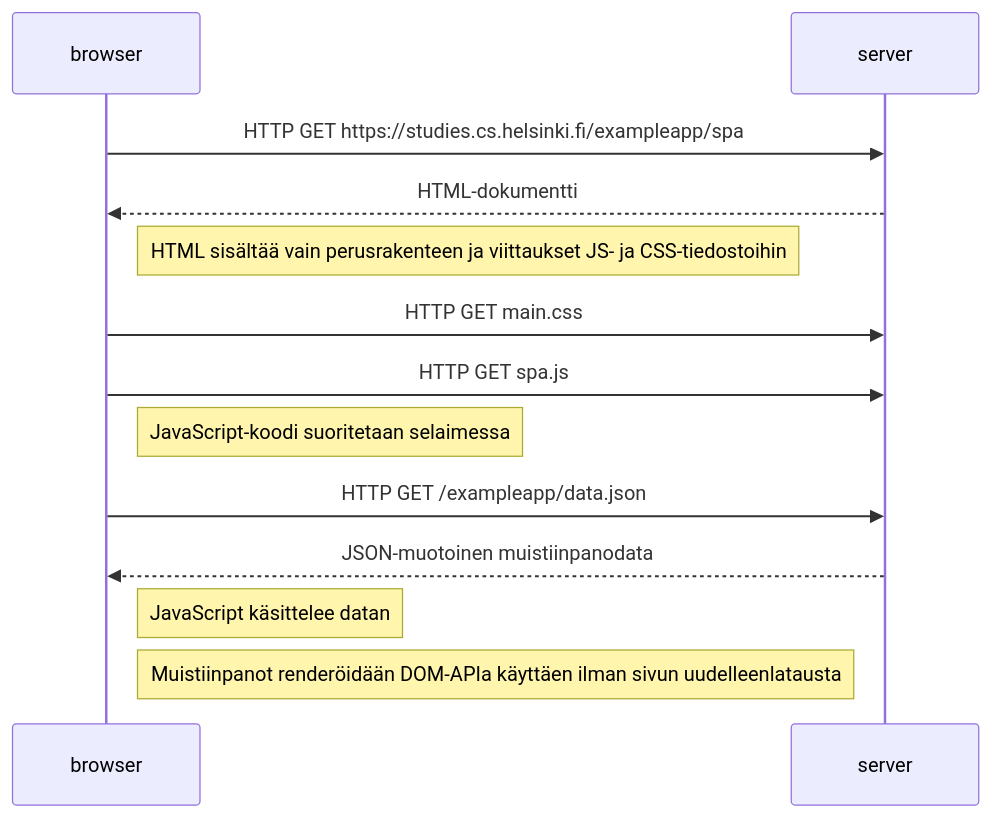
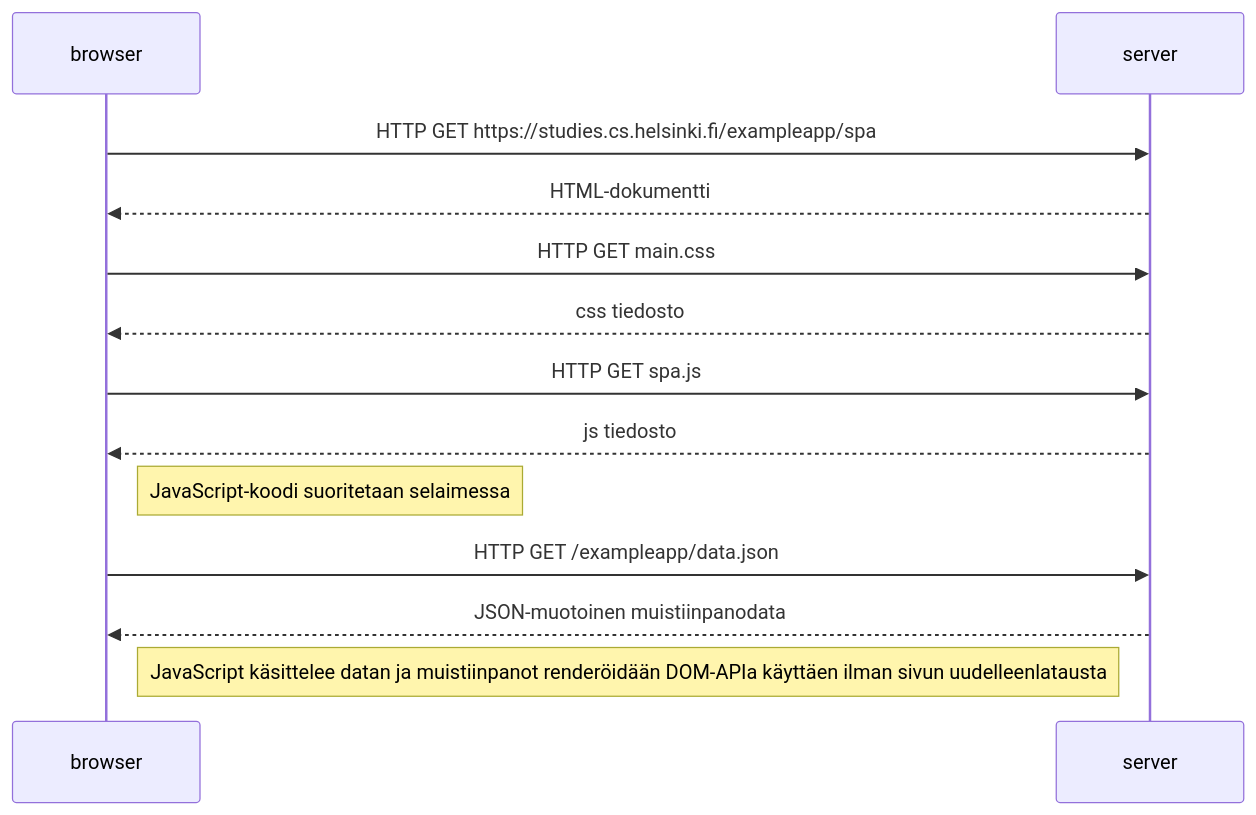
The diagram in osa0/SinglePageApp05.md (tarujohana/Fullstack-palautus), drawn with Mermaid before and after one commit. The commit also changed 2 other files, not shown here.

Commit message:
palautus tehtävä 0

````diff
--- a/osa0/SinglePageApp05.md
+++ b/osa0/SinglePageApp05.md
@@ -1,21 +3,20 @@
 ```mermaid
 sequenceDiagram
     participant browser 
     participant server 
 
     browser->>server: HTTP GET https://studies.cs.helsinki.fi/exampleapp/spa
     server-->>browser: HTML-dokumentti
 
-    Note right of browser: HTML sisältää vain perusrakenteen ja viittaukset JS- ja CSS-tiedostoihin
-
     browser->>server: HTTP GET main.css
+    server-->>browser: css tiedosto
     browser->>server: HTTP GET spa.js
+    server-->>browser: js tiedosto
 
     Note right of browser: JavaScript-koodi suoritetaan selaimessa
 
     browser->>server: HTTP GET /exampleapp/data.json
     server-->>browser: JSON-muotoinen muistiinpanodata
 
-    Note right of browser: JavaScript käsittelee datan
-    Note right of browser: Muistiinpanot renderöidään DOM-APIa käyttäen ilman sivun uudelleenlatausta
+    Note right of browser: JavaScript käsittelee datan ja muistiinpanot renderöidään DOM-APIa käyttäen ilman sivun uudelleenlatausta
 ```
````
